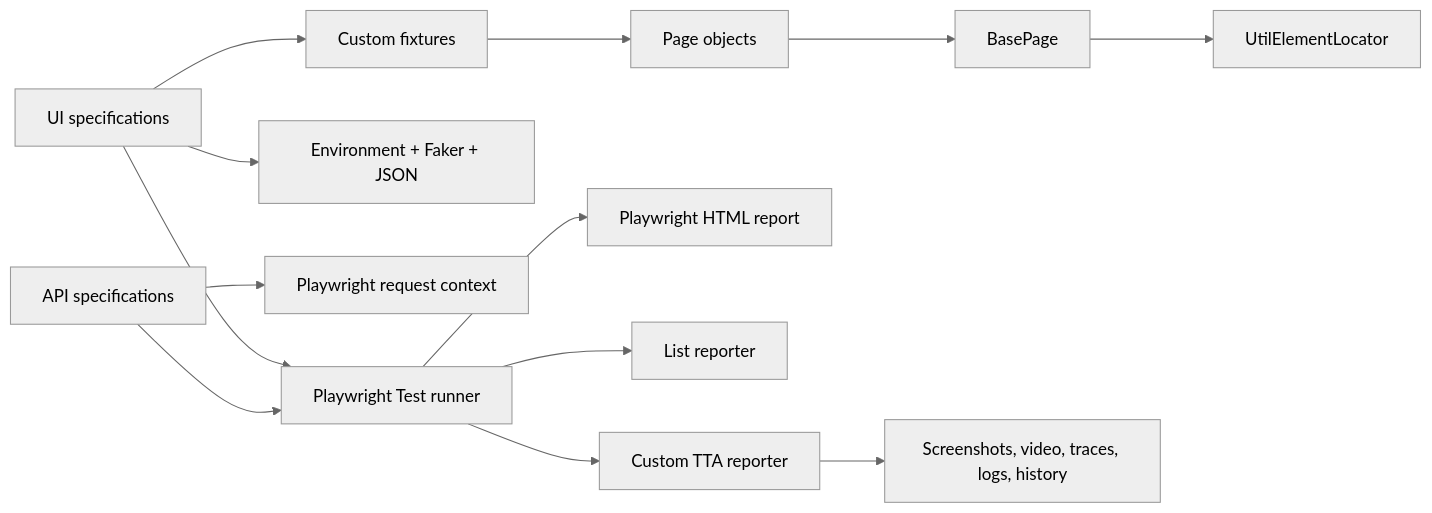
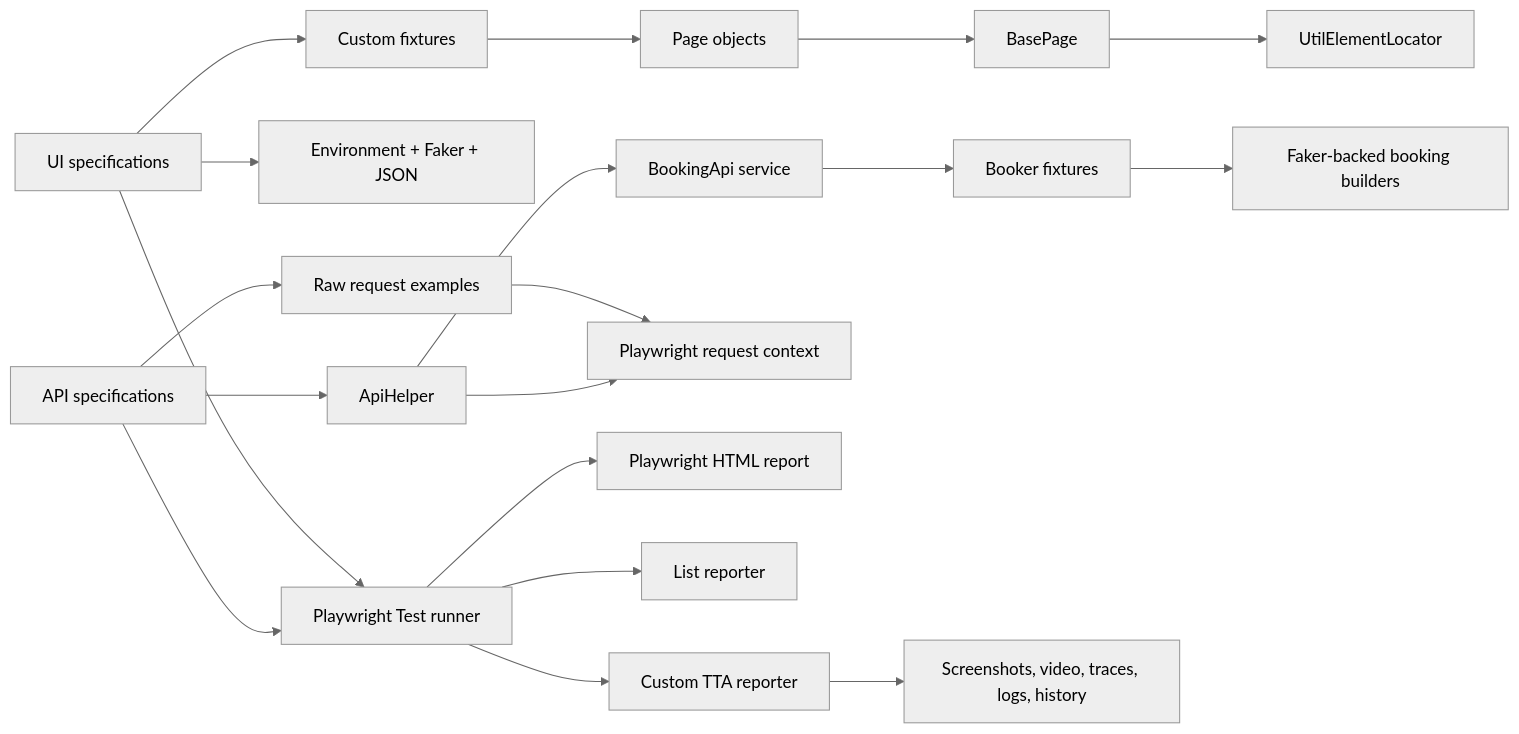
Before and after one commit to NiskAutomation/AdvancePlaywrightFramework: the diagram in README.md, drawn with Mermaid (neutral theme). The commit also changed other lines of this file and 18 other files, not shown here.

````diff
--- a/README.md
+++ b/README.md
@@ -66,17 +66,23 @@
 ```mermaid
 flowchart LR
     UI[UI specifications] --> FX[Custom fixtures]
     FX --> PO[Page objects]
     PO --> BP[BasePage]
     BP --> EL[UtilElementLocator]
 
     UI --> DATA[Environment + Faker + JSON]
-    API[API specifications] --> PW[Playwright request context]
+    API[API specifications] --> RAW[Raw request examples]
+    API --> AH[ApiHelper]
+    AH --> BA[BookingApi service]
+    BA --> BFX[Booker fixtures]
+    BFX --> BDATA[Faker-backed booking builders]
+    RAW --> PW[Playwright request context]
+    AH --> PW
     UI --> RUNNER[Playwright Test runner]
     API --> RUNNER
 
     RUNNER --> HTML[Playwright HTML report]
     RUNNER --> LIST[List reporter]
     RUNNER --> TTA[Custom TTA reporter]
     TTA --> MEDIA[Screenshots, video, traces, logs, history]
 ```
````
